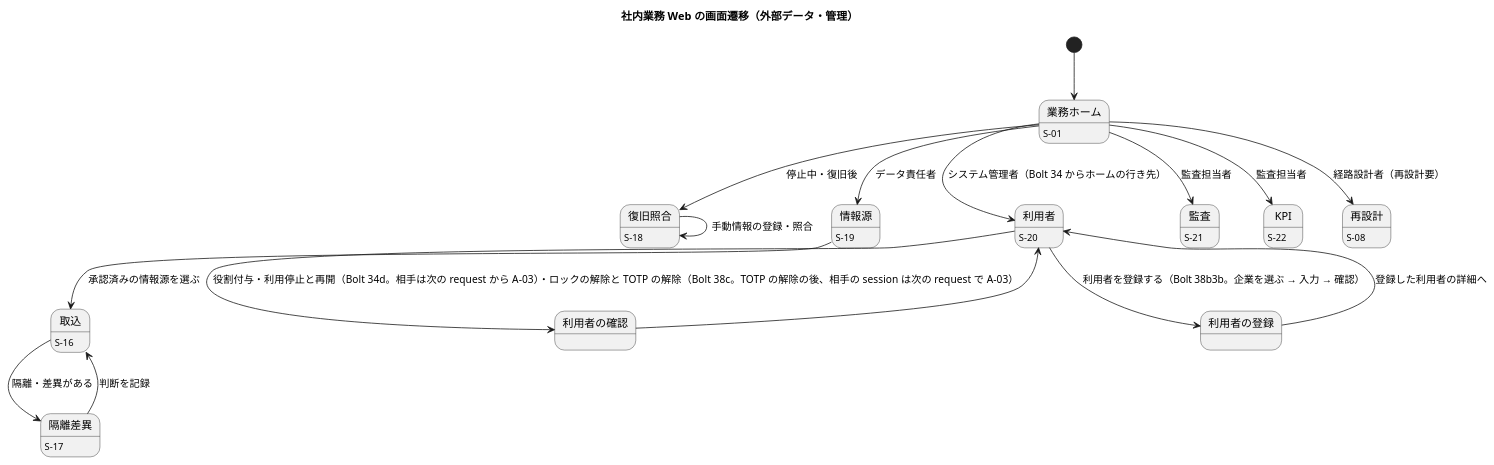
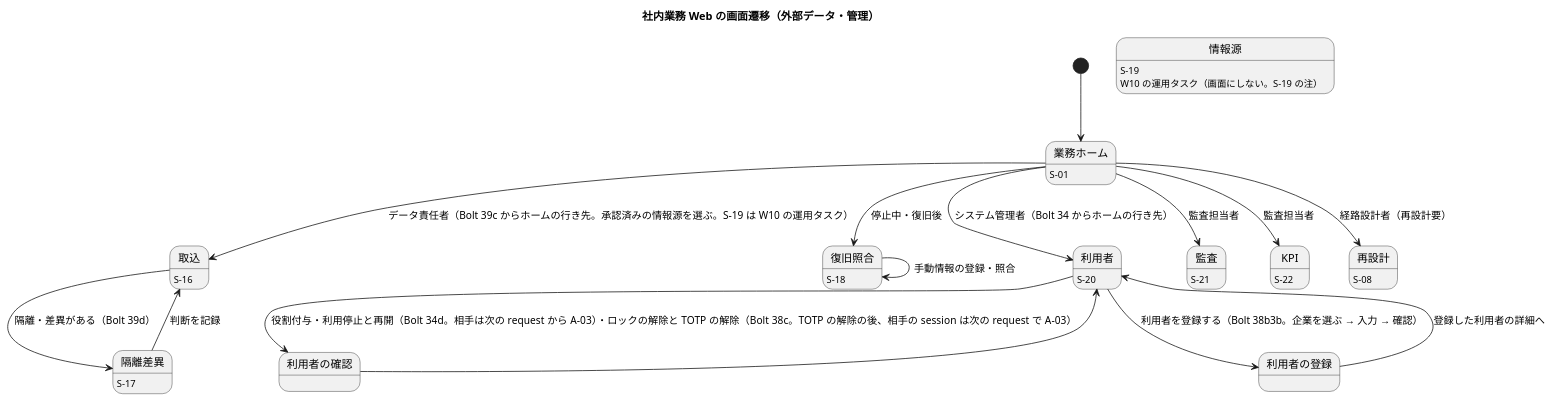
Before and after one commit to k2works/practical-domain-driven-design-in-enterpris-application: the seventh of 49 diagrams in docs/design/cargo-tracker/ui_design.md, drawn with PlantUML. The commit also changed other lines of this file and 9 other files, not shown here.

````diff
--- a/docs/design/cargo-tracker/ui_design.md
+++ b/docs/design/cargo-tracker/ui_design.md
@@ -500,30 +503,30 @@
 ```plantuml
 @startuml
 title 社内業務 Web の画面遷移（外部データ・管理）
 [*] --> 業務ホーム
 業務ホーム : S-01
 取込 : S-16
 隔離差異 : S-17
 復旧照合 : S-18
 情報源 : S-19
+情報源 : W10 の運用タスク（画面にしない。S-19 の注）
 利用者 : S-20
 監査 : S-21
 KPI : S-22
 再設計 : S-08
 
-業務ホーム --> 情報源 : データ責任者
-情報源 --> 取込 : 承認済みの情報源を選ぶ
-取込 --> 隔離差異 : 隔離・差異がある
+業務ホーム --> 取込 : データ責任者（Bolt 39c からホームの行き先。承認済みの情報源を選ぶ。S-19 は W10 の運用タスク）
+取込 --> 隔離差異 : 隔離・差異がある（Bolt 39d）
 隔離差異 --> 取込 : 判断を記録
 業務ホーム --> 復旧照合 : 停止中・復旧後
 復旧照合 --> 復旧照合 : 手動情報の登録・照合
 業務ホーム --> 再設計 : 経路設計者（再設計要）
 業務ホーム --> 利用者 : システム管理者（Bolt 34 からホームの行き先）
 利用者 --> 利用者の確認 : 役割付与・利用停止と再開（Bolt 34d。相手は次の request から A-03）・ロックの解除と TOTP の解除（Bolt 38c。TOTP の解除の後、相手の session は次の request で A-03）
 利用者 --> 利用者の登録 : 利用者を登録する（Bolt 38b3b。企業を選ぶ → 入力 → 確認）
 利用者の登録 --> 利用者 : 登録した利用者の詳細へ
 利用者の確認 --> 利用者
 業務ホーム --> 監査 : 監査担当者
 業務ホーム --> KPI : 監査担当者
 @enduml
 ```
````
